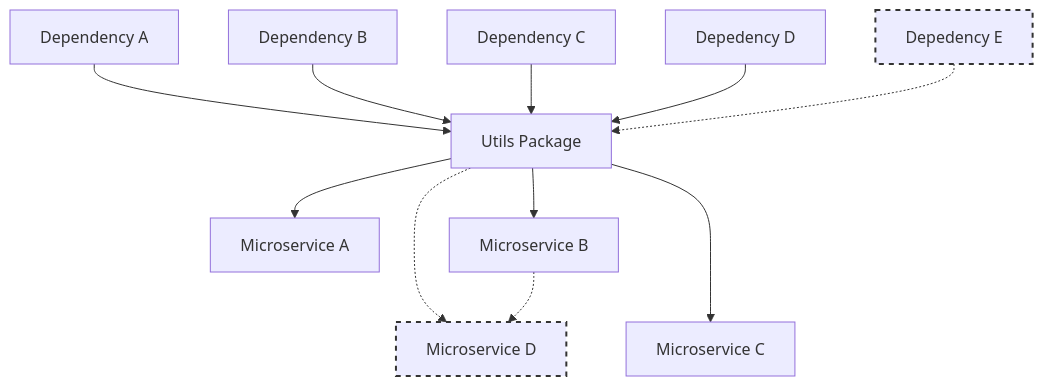
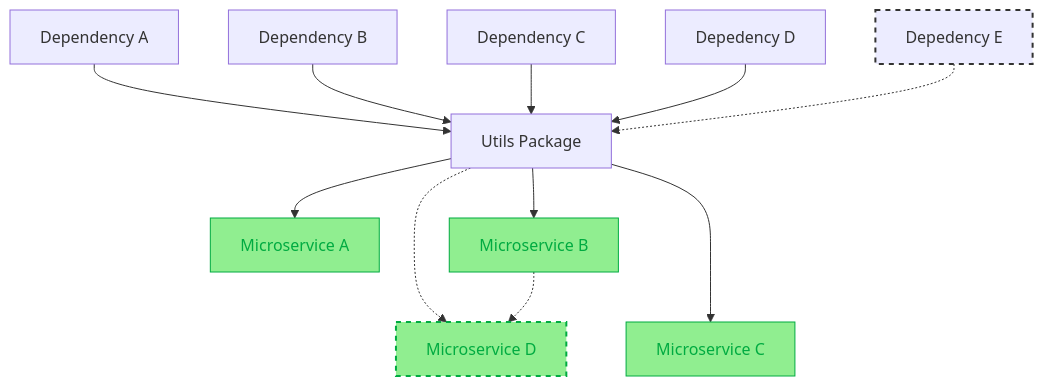
The third of 5 diagrams in articles/utils-common-pitfalls/README.md (dkraczkowski/dkraczkowski.github.io), drawn with Mermaid before and after one commit. The commit also changed other lines of this file, not shown here.

Commit message:
Better diagrams + hint for readers

````diff
--- a/articles/utils-common-pitfalls/README.md
+++ b/articles/utils-common-pitfalls/README.md
@@ -45,15 +51,18 @@
 ```mermaid
 flowchart TD
-    style MD stroke-dasharray: 5,5,stroke-width:2px,stroke:#333;
+    style MA fill:#90EE90,stroke: #00ab41,color: #00ab41;
+    style MB fill:#90EE90,stroke: #00ab41,color: #00ab41;
+    style MC fill:#90EE90,stroke: #00ab41,color: #00ab41;
+    style MD stroke-dasharray: 5,5,stroke-width:2px,fill:#90EE90,stroke: #00ab41,color: #00ab41;
     style DE stroke-dasharray: 5,5,stroke-width:2px,stroke:#333;
     DA[Dependency A] --> Utils[Utils Package]
     DB[Dependency B] --> Utils
     DC[Dependency C] --> Utils
     DD[Depedency D] --> Utils
     DE[Depedency E] -.-> Utils
     Utils --> MA[Microservice A]
     Utils --> MB[Microservice B]
     Utils ---> MC[Microservice C]
     Utils -.-> MD[Microservice D]
     MB -.-> MD
 ```
````
